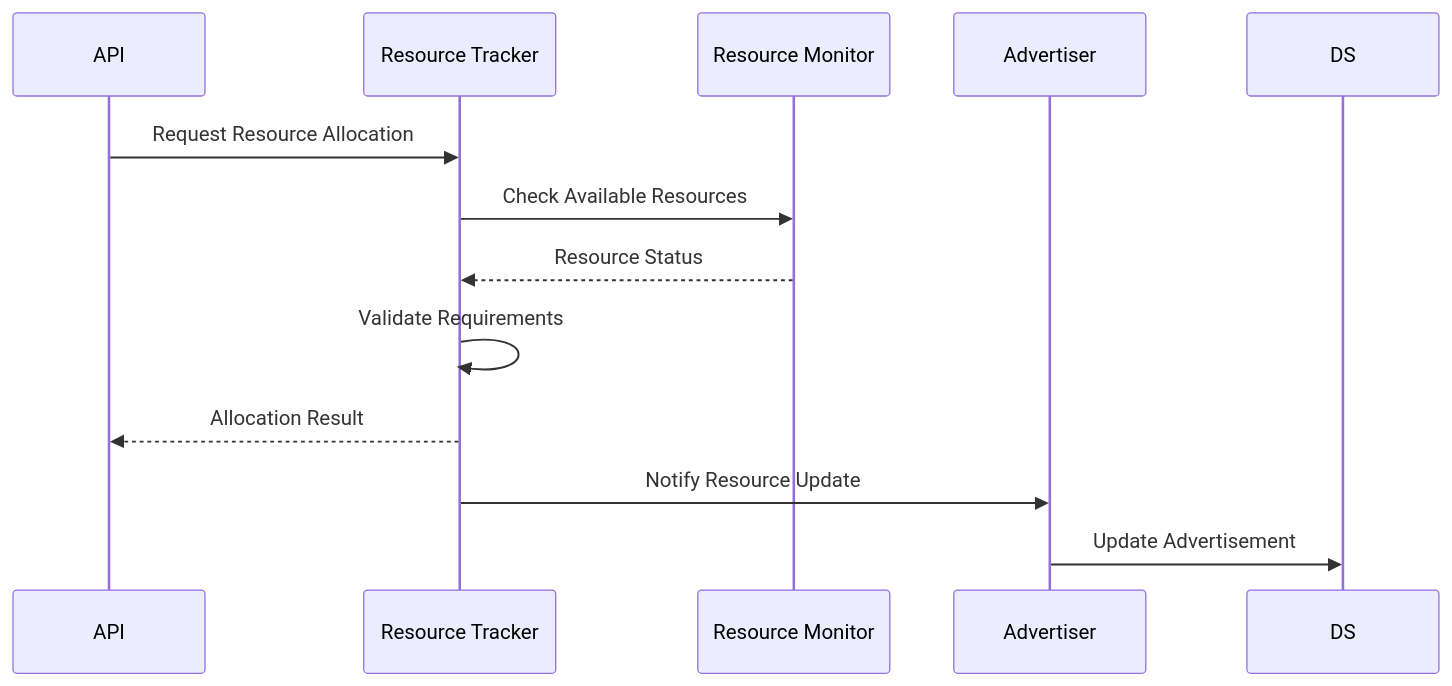
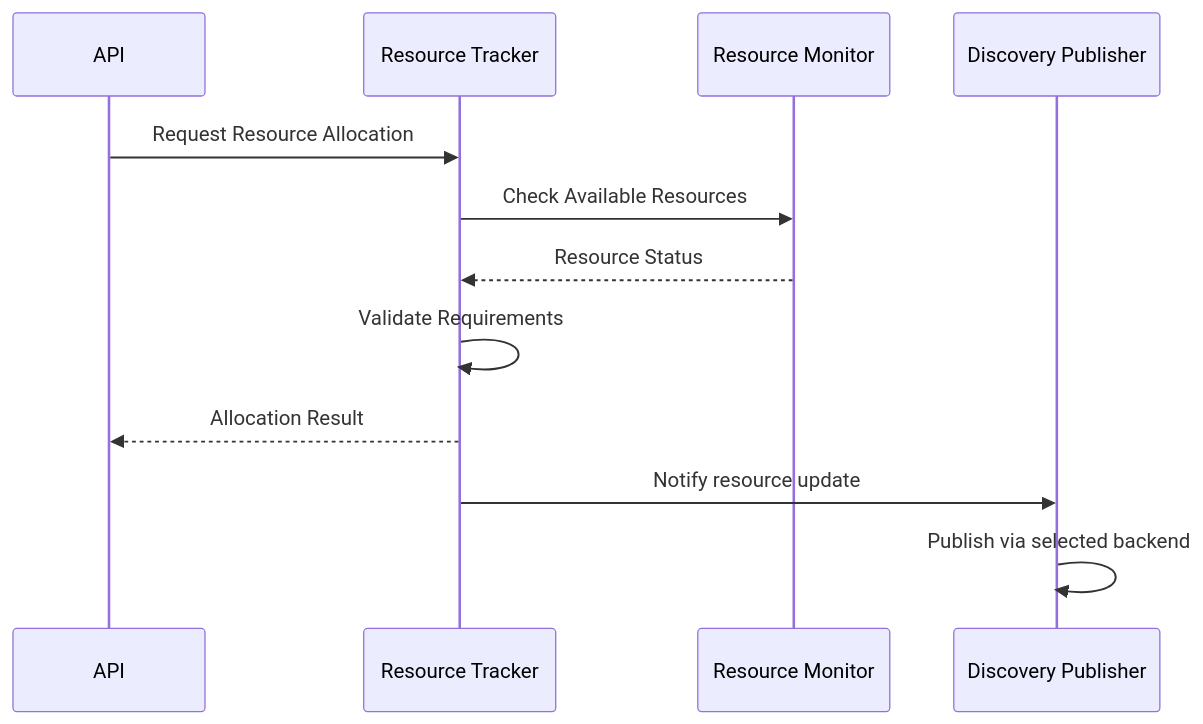
Before and after one commit to cryptobench/vm-on-golem: the third of 6 diagrams in provider-server/README.md, drawn with Mermaid. The commit also changed other lines of this file and 222 other files, not shown here.

````diff
--- a/provider-server/README.md
+++ b/provider-server/README.md
@@ -164,15 +164,15 @@
 ```mermaid
 sequenceDiagram
     participant API as API
     participant RT as Resource Tracker
     participant RM as Resource Monitor
-    participant AD as Advertiser
+    participant AD as Discovery Publisher
 
     API->>RT: Request Resource Allocation
     RT->>RM: Check Available Resources
     RM-->>RT: Resource Status
     RT->>RT: Validate Requirements
     RT-->>API: Allocation Result
-    RT->>AD: Notify Resource Update
-    AD->>DS: Update Advertisement
+    RT->>AD: Notify resource update
+    AD->>AD: Publish via selected backend
 ```
````
